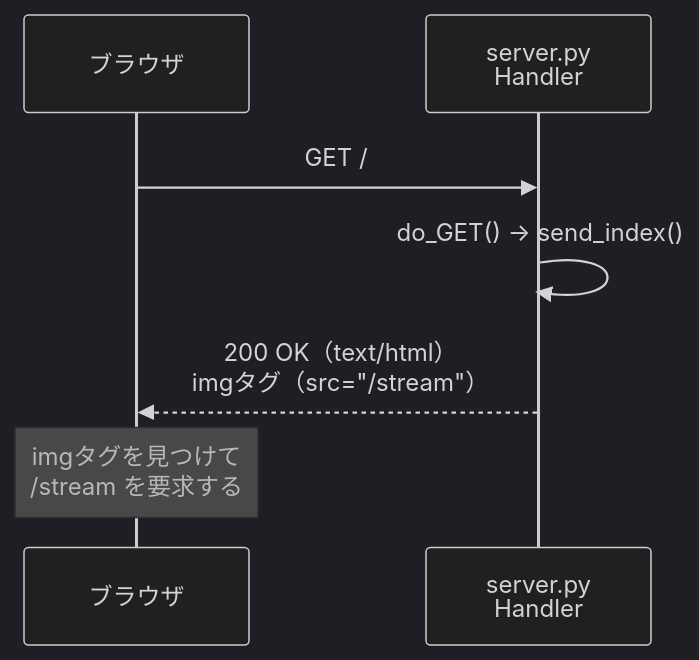
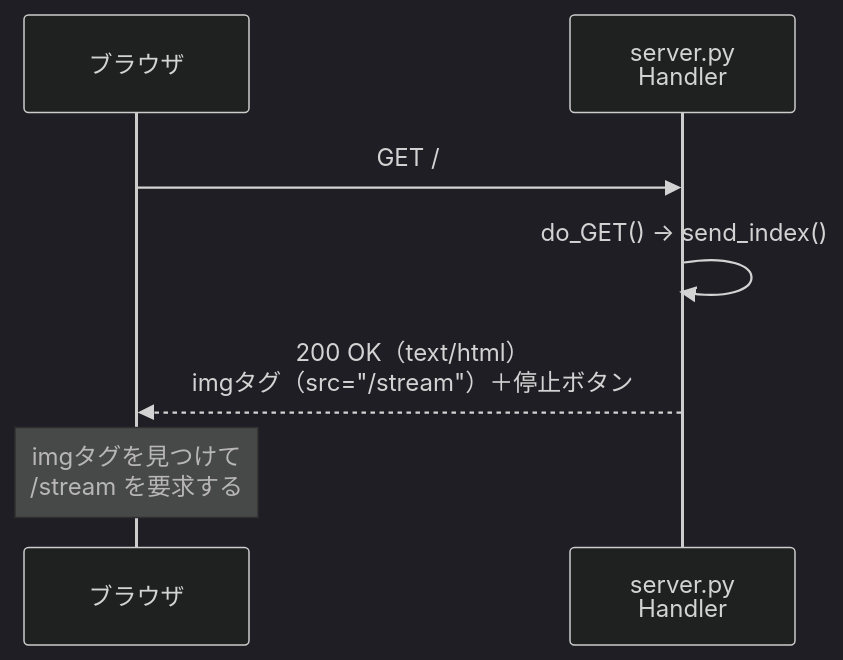
The second of 4 diagrams in local/EXPLANATION.md (shinonome404/webcam-vision), drawn with Mermaid (dark theme) before and after one commit. The commit also changed other lines of this file and 3 other files, not shown here.

````diff
--- a/local/EXPLANATION.md
+++ b/local/EXPLANATION.md
@@ -53,10 +53,10 @@
 ```mermaid
 sequenceDiagram
     participant B as ブラウザ
     participant H as server.py<br/>Handler
 
     B->>H: GET /
     H->>H: do_GET() → send_index()
-    H-->>B: 200 OK（text/html）<br/>imgタグ（src="/stream"）
+    H-->>B: 200 OK（text/html）<br/>imgタグ（src="/stream"）＋停止ボタン
     Note over B: imgタグを見つけて<br/>/stream を要求する
 ```
````
